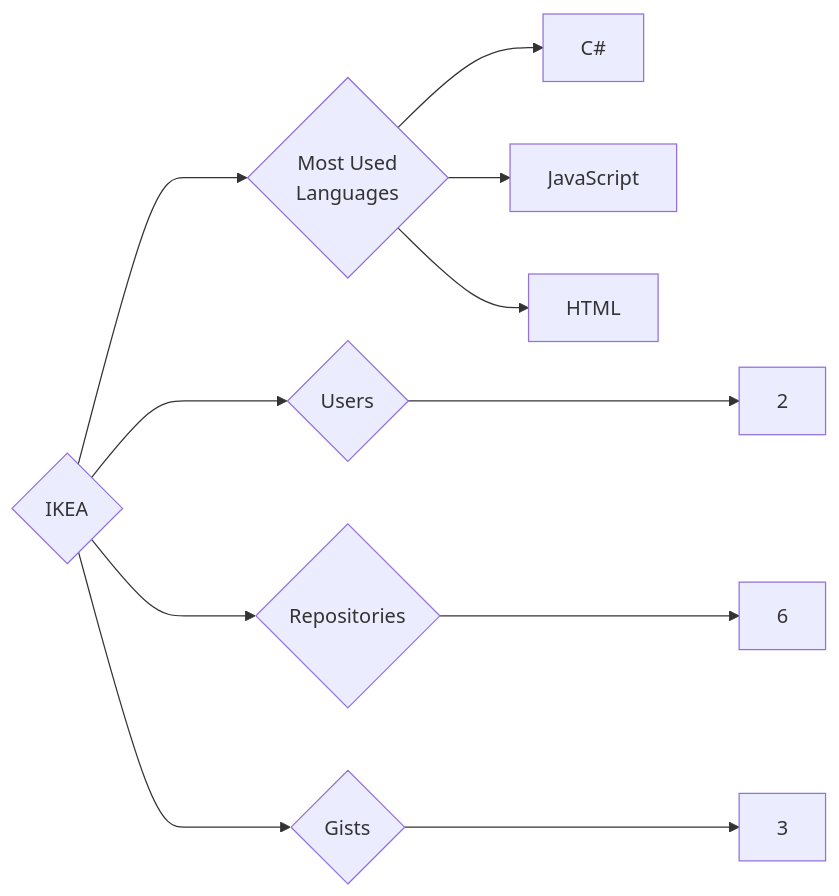
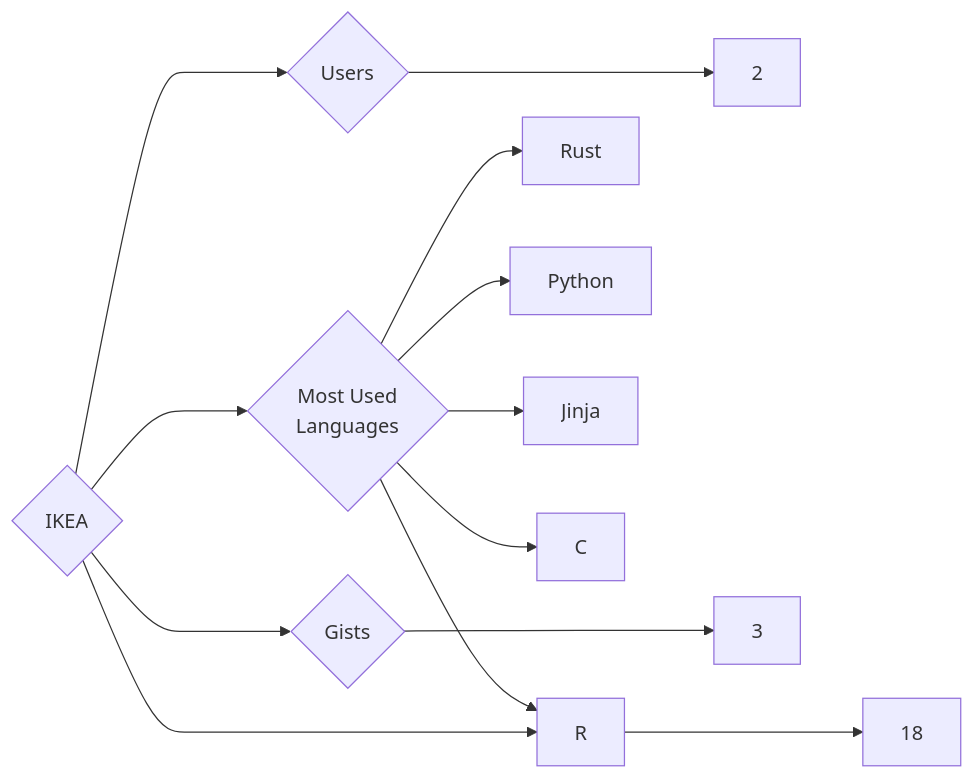
Before and after one commit to trickest/insiders: the diagram in targets/IKEA/README.md, drawn with Mermaid. The commit also changed 559 other files, not shown here.

````diff
--- a/targets/IKEA/README.md
+++ b/targets/IKEA/README.md
@@ -3,11 +3,13 @@
 ```mermaid
 graph LR
 COMPANY_NAME{IKEA}
 COMPANY_NAME ---> U{Users} ---> UN[2]
-COMPANY_NAME ---> R{Repositories} ---> RN[6]
+COMPANY_NAME ---> R{Repositories} ---> RN[18]
 COMPANY_NAME ---> G{Gists} ---> GN[3]
 COMPANY_NAME ---> ML{Most Used<br>Languages}
-ML --> C#[C#]
-ML --> JavaScript[JavaScript]
-ML --> HTML[HTML]
+ML --> Rust[Rust]
+ML --> Python[Python]
+ML --> R[R]
+ML --> Jinja[Jinja]
+ML --> C[C]
 ```
````
